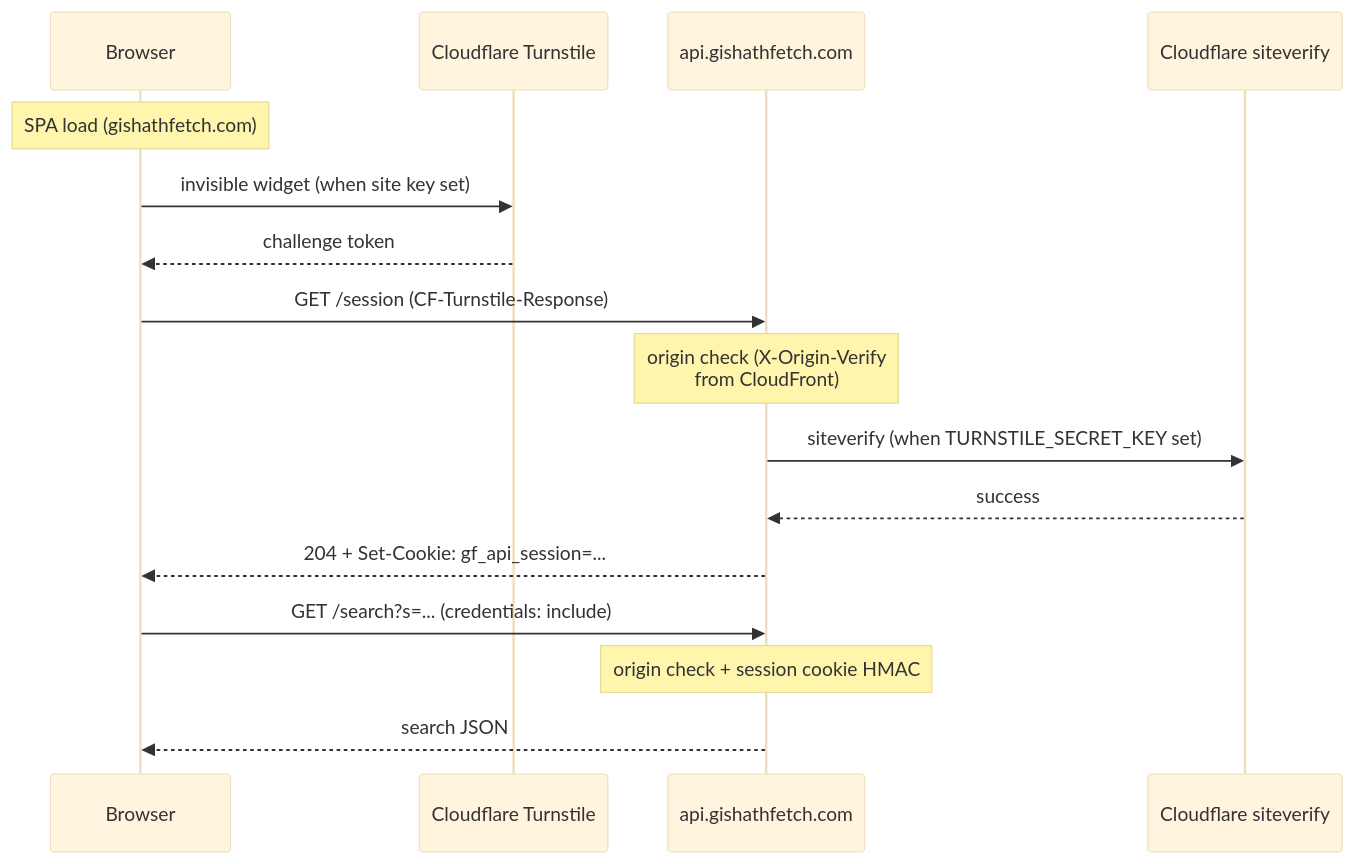
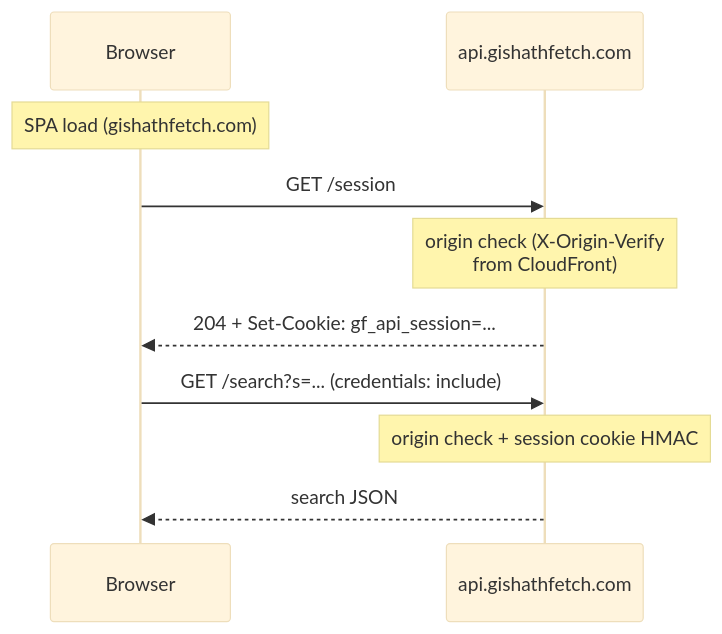
The diagram in docs/api-abuse-mitigation.md (xenodus/gishathfetch), drawn with Mermaid (base theme) before and after one commit. The commit also changed other lines of this file and 22 other files, not shown here.

First line of the commit message:
Remove Cloudflare Turnstile from the application (#382)

````diff
--- a/docs/api-abuse-mitigation.md
+++ b/docs/api-abuse-mitigation.md
@@ -21,19 +20,13 @@
 ```mermaid
 sequenceDiagram
     participant U as Browser
-    participant TS as Cloudflare Turnstile
     participant API as api.gishathfetch.com
-    participant CF_API as Cloudflare siteverify
 
     Note over U: SPA load (gishathfetch.com)
-    U->>TS: invisible widget (when site key set)
-    TS-->>U: challenge token
-    U->>API: GET /session (CF-Turnstile-Response)
+    U->>API: GET /session
     Note over API: origin check (X-Origin-Verify<br/>from CloudFront)
-    API->>CF_API: siteverify (when TURNSTILE_SECRET_KEY set)
-    CF_API-->>API: success
     API-->>U: 204 + Set-Cookie: gf_api_session=...
     U->>API: GET /search?s=... (credentials: include)
     Note over API: origin check + session cookie HMAC
     API-->>U: search JSON
 ```
````
